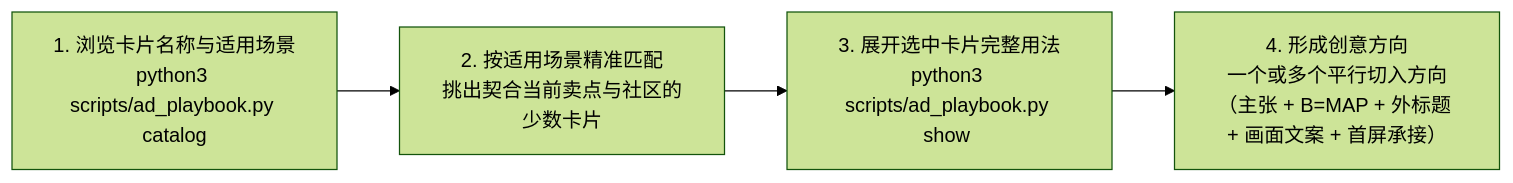
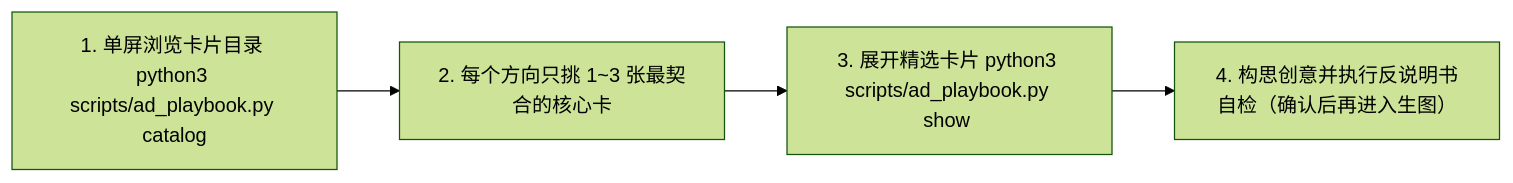
The diagram in skills/reddit-ad-creative/references/conception-guide.md (ezra-y/reddit-ad-workflow-skills), drawn with Mermaid (forest theme) before and after one commit. The commit also changed other lines of this file and 15 other files, not shown here.

Commit message:
feat(reddit-ad-creative): loosen rigid layout rules, expand visual carriers, add export_specs CLI and catalog/show guardrails

````diff
--- a/skills/reddit-ad-creative/references/conception-guide.md
+++ b/skills/reddit-ad-creative/references/conception-guide.md
@@ -9,6 +9,6 @@
 ```mermaid
 flowchart LR
-    S1["1. 浏览卡片名称与适用场景<br/>python3 scripts/ad_playbook.py catalog"] --> S2["2. 按适用场景精准匹配<br/>挑出契合当前卖点与社区的少数卡片"]
-    S2 --> S3["3. 展开选中卡片完整用法<br/>python3 scripts/ad_playbook.py show <ID...>"]
-    S3 --> S4["4. 形成创意方向<br/>一个或多个平行切入方向（主张 + B=MAP + 外标题 + 画面文案 + 首屏承接）"]
+    S1["1. 单屏浏览卡片目录 python3 scripts/ad_playbook.py catalog"] --> S2["2. 每个方向只挑 1~3 张最契合的核心卡"]
+    S2 --> S3["3. 展开精选卡片 python3 scripts/ad_playbook.py show <ID...>"]
+    S3 --> S4["4. 构思创意并执行反说明书自检（确认后再进入生图）"]
 ```
````
